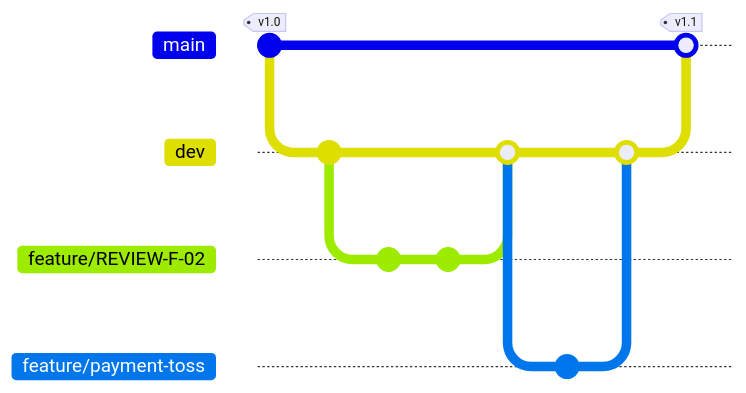
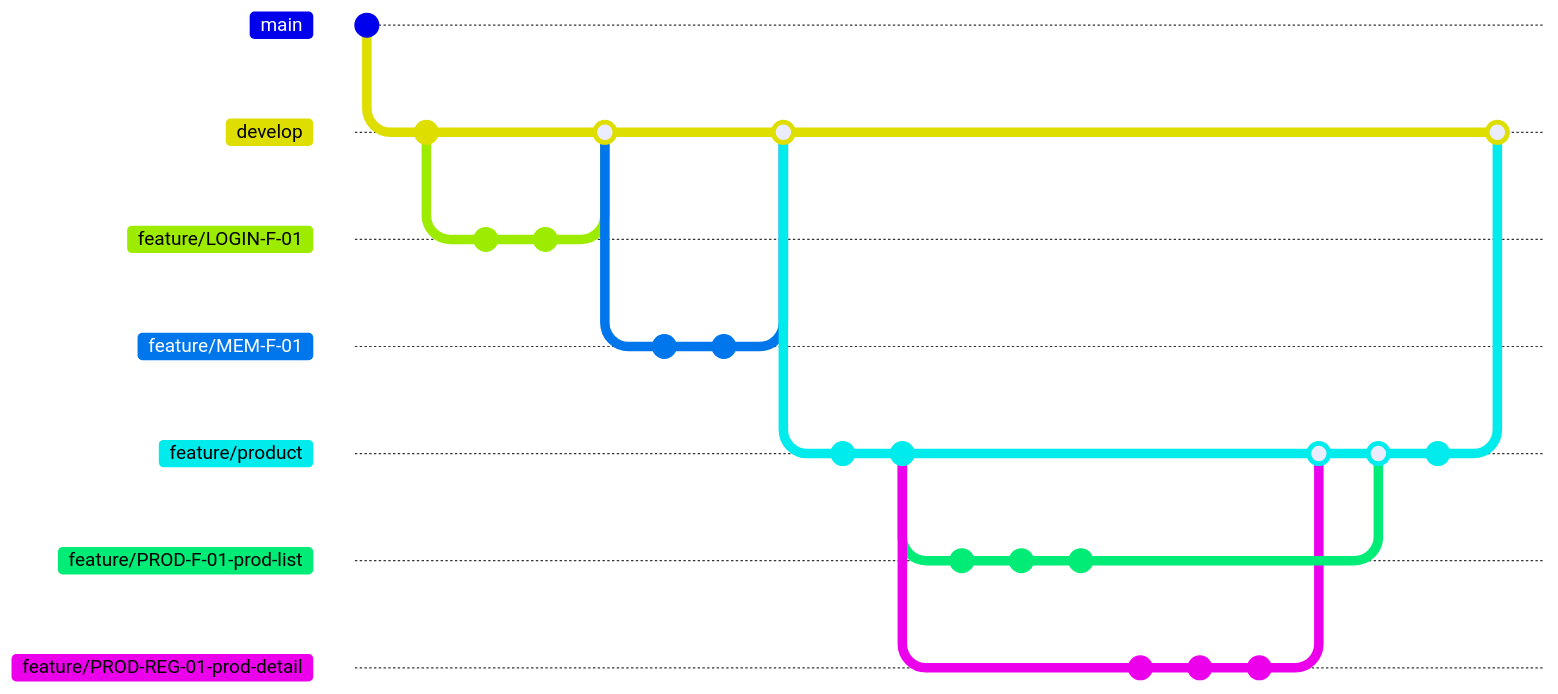
Before and after one commit to ms-ssam/shoppingmall: the diagram in GitFlow.md, drawn with Mermaid. The commit also changed other lines of this file, not shown here. Commit ids are hidden.

````diff
--- a/GitFlow.md
+++ b/GitFlow.md
@@ -1,23 +8,56 @@
 ```mermaid
 gitGraph
-   commit tag: "v1.0"
-   branch dev
-   checkout dev
-   commit
-   
-   branch feature/REVIEW-F-02
-   checkout feature/REVIEW-F-02
-   commit id: "리뷰 기능 개발"
-   commit id: "테스트 완료"
-   checkout dev
-   merge feature/REVIEW-F-02
-   
-   branch feature/payment-toss
-   checkout feature/payment-toss
-   commit id: "결제 기능 구현"
-   checkout dev
-   merge feature/payment-toss
-   
-   checkout main
-   merge dev tag: "v1.1"
+    commit id: "chore: Spring Boot 설정"
+
+    branch develop
+    checkout develop
+    commit id: "chore: 기본 구조 설정"
+
+    branch feature/LOGIN-F-01
+    checkout feature/LOGIN-F-01
+    commit id: "chore: Security 설정"
+    commit id: "feat: 로그인/회원가입 기능"
+    checkout develop
+    merge feature/LOGIN-F-01
+
+    branch feature/MEM-F-01
+    checkout feature/MEM-F-01
+    commit id: "feat: 멤버 엔티티, DTO 작성"
+    commit id: "chore: 회원 초기 데이터"
+    checkout develop
+    merge feature/MEM-F-01
+
+    
+    branch feature/product
+    checkout feature/product
+    commit id: "feat: 상품 엔티티 정의"
+    commit id: "feat: 옵션 엔티티 정의"
+    
+    branch feature/PROD-F-01-prod-list
+    commit id: "feat: 옵션 조회 로직 완료"
+    commit id: "feat: 상품 조회 기능 완료"
+    commit id: "fix: 상품 목록 조회 오류 해결"
+
+    checkout feature/product
+
+    branch feature/PROD-REG-01-prod-detail
+    checkout feature/PROD-REG-01-prod-detail
+
+    commit id: "feat: 옵션 생성, 수정 기능 완료"
+    commit id: "feat: 상품 생성, 수정 기능 완료"
+    commit id: "feat: 상품 소프트 삭제 기능 구현"
+
+
+    checkout feature/product
+    merge feature/PROD-REG-01-prod-detail
+    
+    checkout feature/product
+    merge feature/PROD-F-01-prod-list
+
+    commit id: "feat: 상품 View 완료"
+
+    checkout develop
+    merge feature/product
+    
+    
 ```
````
